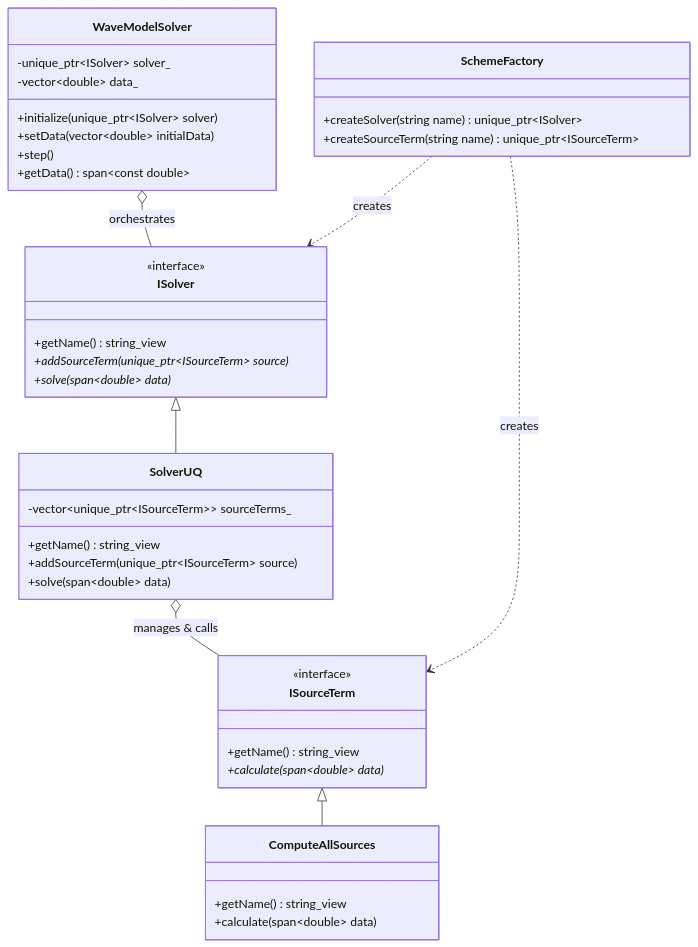
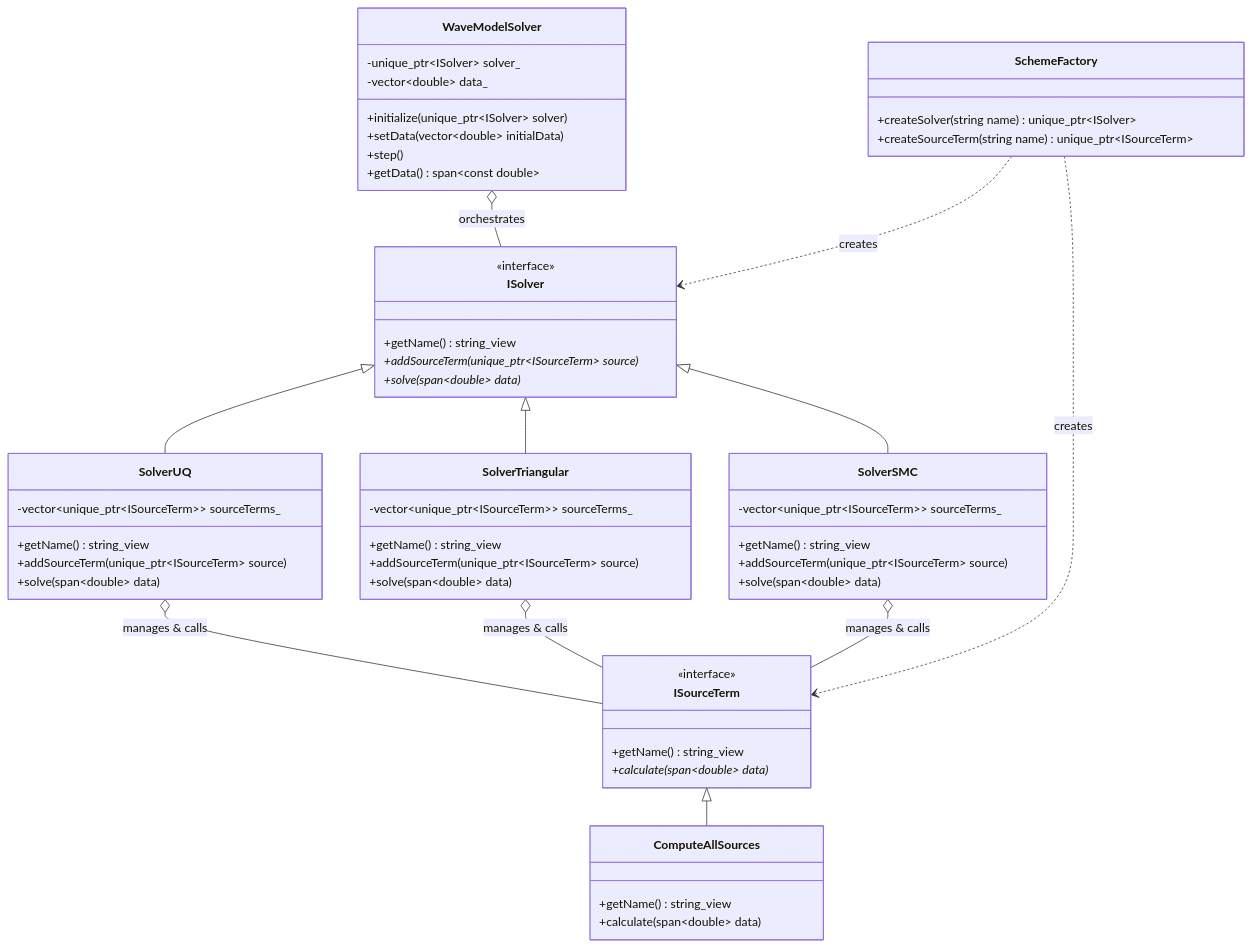
One commit to HendrikTolman-NOAA/WW4_HLT changed the third of 3 diagrams in ARCHITECTURE.md. Above: the diagram before and after it, drawn with Mermaid. The commit also changed other lines of this file, not shown here.

Commit message:
refactor: move include/ww4_core to src/ww4_core and update architecture documentation

````diff
--- a/ARCHITECTURE.md
+++ b/ARCHITECTURE.md
@@ -95,48 +95,66 @@
 ```mermaid
 classDiagram
     class WaveModelSolver {
         -unique_ptr~ISolver~ solver_
         -vector~double~ data_
         +initialize(unique_ptr~ISolver~ solver)
         +setData(vector~double~ initialData)
         +step()
         +getData() span~const double~
     }
 
     class ISolver {
         <<interface>>
         +getName() string_view
         +addSourceTerm(unique_ptr~ISourceTerm~ source)*
         +solve(span~double~ data)*
     }
 
     class ISourceTerm {
         <<interface>>
         +getName() string_view
         +calculate(span~double~ data)*
     }
 
     class SolverUQ {
         -vector~unique_ptr~ISourceTerm~~ sourceTerms_
         +getName() string_view
         +addSourceTerm(unique_ptr~ISourceTerm~ source)
         +solve(span~double~ data)
     }
 
+    class SolverTriangular {
+        -vector~unique_ptr~ISourceTerm~~ sourceTerms_
+        +getName() string_view
+        +addSourceTerm(unique_ptr~ISourceTerm~ source)
+        +solve(span~double~ data)
+    }
+
+    class SolverSMC {
+        -vector~unique_ptr~ISourceTerm~~ sourceTerms_
+        +getName() string_view
+        +addSourceTerm(unique_ptr~ISourceTerm~ source)
+        +solve(span~double~ data)
+    }
+
     class ComputeAllSources {
         +getName() string_view
         +calculate(span~double~ data)
     }
 
     class SchemeFactory {
         +createSolver(string name) unique_ptr~ISolver~
         +createSourceTerm(string name) unique_ptr~ISourceTerm~
     }
 
     WaveModelSolver o-- ISolver : orchestrates
     ISolver <|-- SolverUQ
+    ISolver <|-- SolverTriangular
+    ISolver <|-- SolverSMC
     SolverUQ o-- ISourceTerm : manages & calls
+    SolverTriangular o-- ISourceTerm : manages & calls
+    SolverSMC o-- ISourceTerm : manages & calls
     ISourceTerm <|-- ComputeAllSources
     SchemeFactory ..> ISolver : creates
     SchemeFactory ..> ISourceTerm : creates
 ```
````
